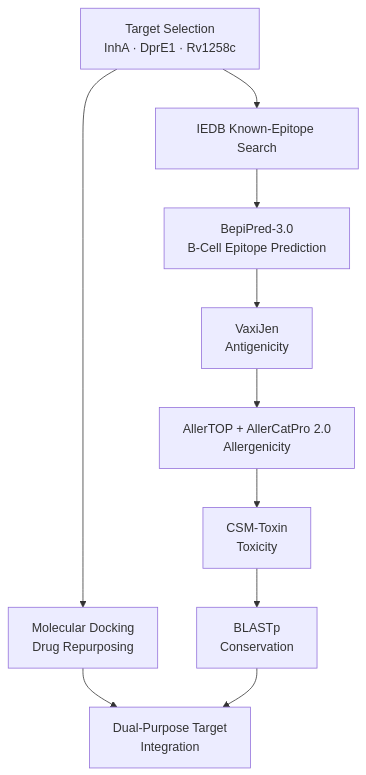
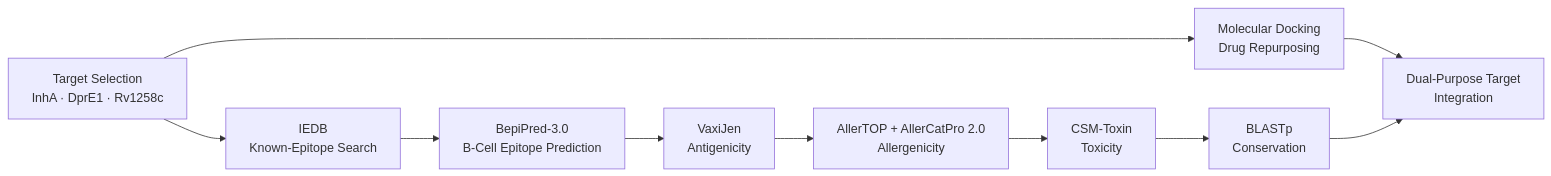
The diagram in README.md (genome-miner/tb_dual_target_pipeline), drawn with Mermaid before and after one commit. The commit also changed other lines of this file, not shown here.

````diff
--- a/README.md
+++ b/README.md
@@ -208,12 +208,12 @@
 ```mermaid
-flowchart TD
+flowchart LR
     A[Target Selection<br/>InhA · DprE1 · Rv1258c] --> B[Molecular Docking<br/>Drug Repurposing]
-    A --> C[IEDB Known-Epitope Search]
+    A --> C[IEDB<br/>Known-Epitope Search]
     C --> D[BepiPred-3.0<br/>B-Cell Epitope Prediction]
     D --> E[VaxiJen<br/>Antigenicity]
     E --> F[AllerTOP + AllerCatPro 2.0<br/>Allergenicity]
     F --> G[CSM-Toxin<br/>Toxicity]
     G --> H[BLASTp<br/>Conservation]
     B --> I[Dual-Purpose Target<br/>Integration]
     H --> I
 ```
````
